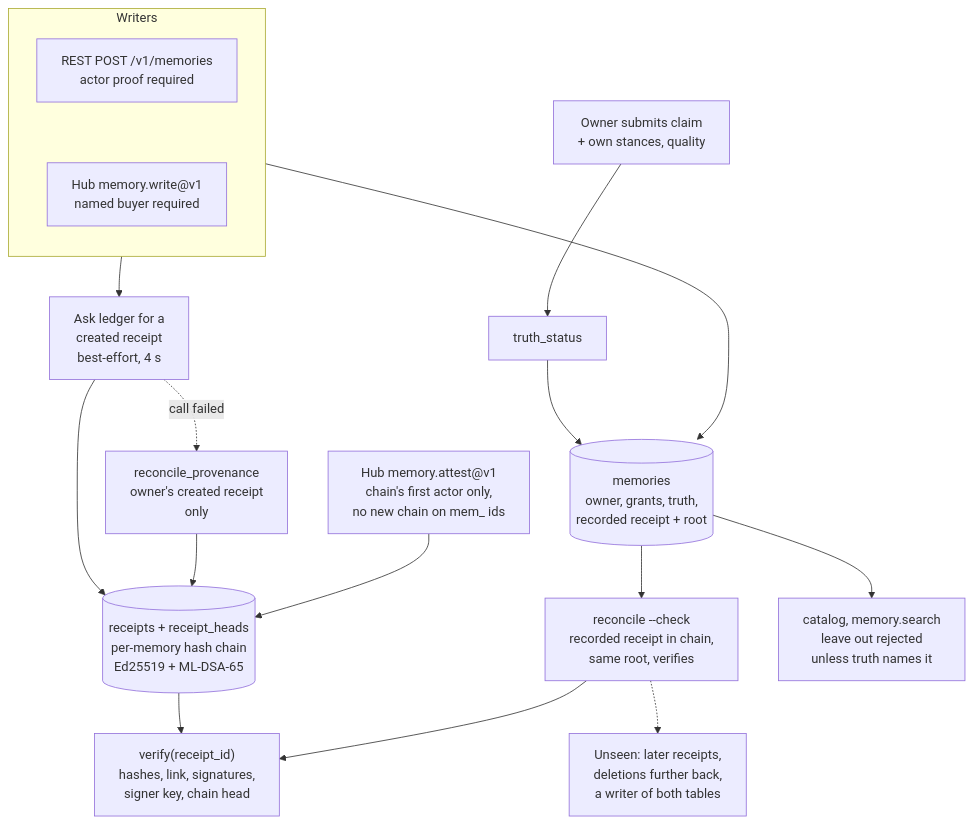
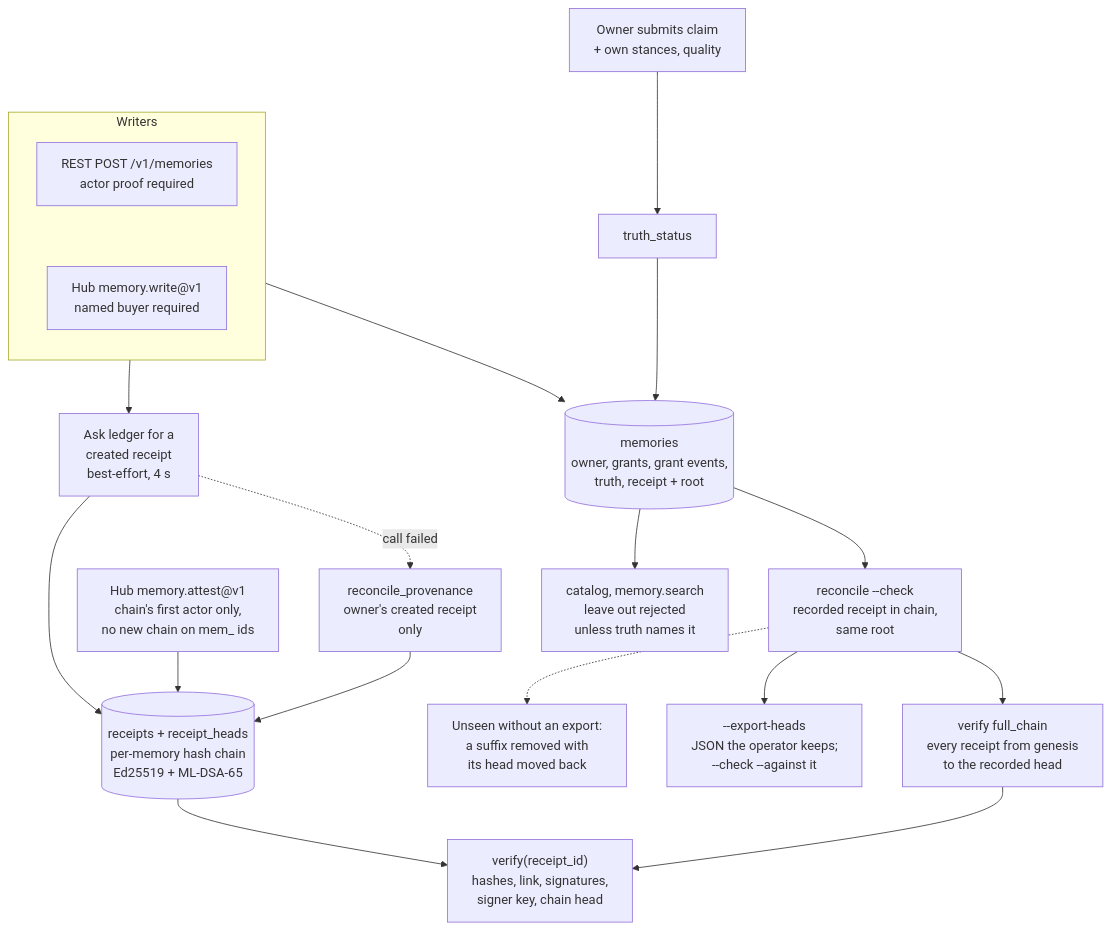
The diagram in content/systems/attested-memory.md (neoneye/agent-memory-atlas), drawn with Mermaid before and after one commit. The commit also changed other lines of this file and 16 other files, not shown here.

````diff
--- a/content/systems/attested-memory.md
+++ b/content/systems/attested-memory.md
@@ -103,23 +106,25 @@
 ```mermaid
-%% caption: both writers store a unit at once and ask the ledger for a created receipt; a reconcile command run by an hourly unit an operator installs finishes the misses and cross-checks each attested unit's recorded receipt and root against the ledger; verify accepts only the ledger's keys and a head that is never rebuilt; a hub buyer extends only a chain they started; the cross-check sees one receipt per unit, and in the bundled compose both tables share one database
+%% caption: both writers store a unit at once and ask the ledger for a created receipt; an hourly reconcile finishes the misses and cross-checks each attested unit's recorded receipt and root against the ledger, which verifies the whole chain from genesis; verify accepts only the ledger's keys and a head that is never rebuilt; a hub buyer extends only a chain they started; an exported set of heads, kept outside the database, is the only check on a suffix removed with its head
 flowchart TD
     subgraph W["Writers"]
         direction TB
         R["REST POST /v1/memories<br/>actor proof required"]
         H["Hub memory.write@v1<br/>named buyer required"]
         R ~~~ H
     end
-    W --> M[("memories<br/>owner, grants, truth,<br/>recorded receipt + root")]
+    W --> M[("memories<br/>owner, grants, grant events,<br/>truth, receipt + root")]
     W --> A["Ask ledger for a<br/>created receipt<br/>best-effort, 4 s"]
     A -.->|"call failed"| C["reconcile_provenance<br/>owner's created receipt<br/>only"]
     A --> L[("receipts + receipt_heads<br/>per-memory hash chain<br/>Ed25519 + ML-DSA-65")]
     C --> L
     X["Hub memory.attest@v1<br/>chain's first actor only,<br/>no new chain on mem_ ids"] --> L
     L --> V["verify(receipt_id)<br/>hashes, link, signatures,<br/>signer key, chain head"]
-    M --> K["reconcile --check<br/>recorded receipt in chain,<br/>same root, verifies"]
-    K --> V
-    K -.-> G["Unseen: later receipts,<br/>deletions further back,<br/>a writer of both tables"]
+    M --> K["reconcile --check<br/>recorded receipt in chain,<br/>same root"]
+    K --> F["verify full_chain<br/>every receipt from genesis<br/>to the recorded head"]
+    F --> V
+    K --> E["--export-heads<br/>JSON the operator keeps;<br/>--check --against it"]
+    K -.-> G["Unseen without an export:<br/>a suffix removed with<br/>its head moved back"]
     O["Owner submits claim<br/>+ own stances, quality"] --> T["truth_status"]
     T --> M
     M --> S["catalog, memory.search<br/>leave out rejected<br/>unless truth names it"]
 ```
````
